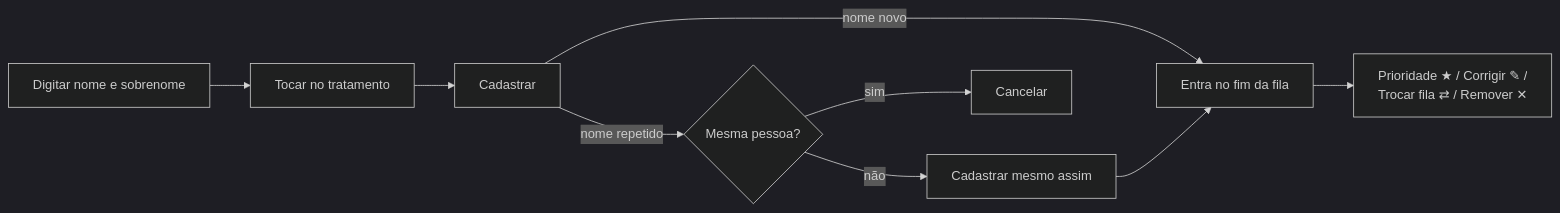
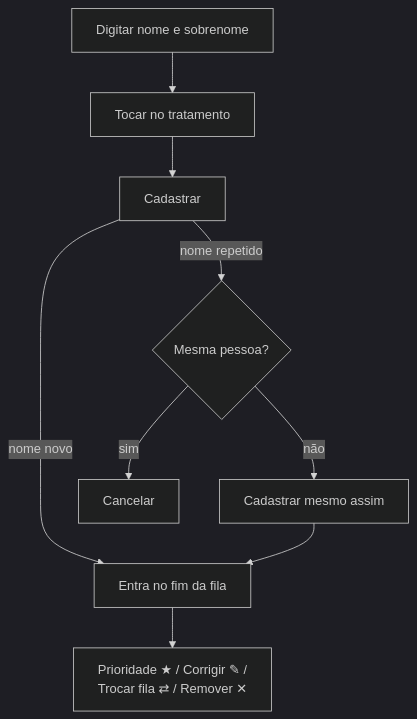
Before and after one commit to ZeRobertoMagalhaes/Gelf_Painel-chamadas-tv-filas: the first of 2 diagrams in docs/fluxos/2-recepcao.md, drawn with Mermaid (dark theme). The commit also changed 4 other files, not shown here.

First line of the commit message:
PDFs dos fluxos (filas e Bio) e diagramas verticais

````diff
--- a/docs/fluxos/2-recepcao.md
+++ b/docs/fluxos/2-recepcao.md
@@ -7,10 +7,10 @@
 ```mermaid
-flowchart LR
+flowchart TD
     A[Digitar nome e sobrenome] --> B[Tocar no tratamento]
     B --> C[Cadastrar]
     C -->|nome novo| D[Entra no fim da fila]
     C -->|nome repetido| E{Mesma pessoa?}
     E -->|não| F[Cadastrar mesmo assim] --> D
     E -->|sim| G[Cancelar]
     D --> H[Prioridade ★ / Corrigir ✎ /<br/>Trocar fila ⇄ / Remover ✕]
 ```
````
